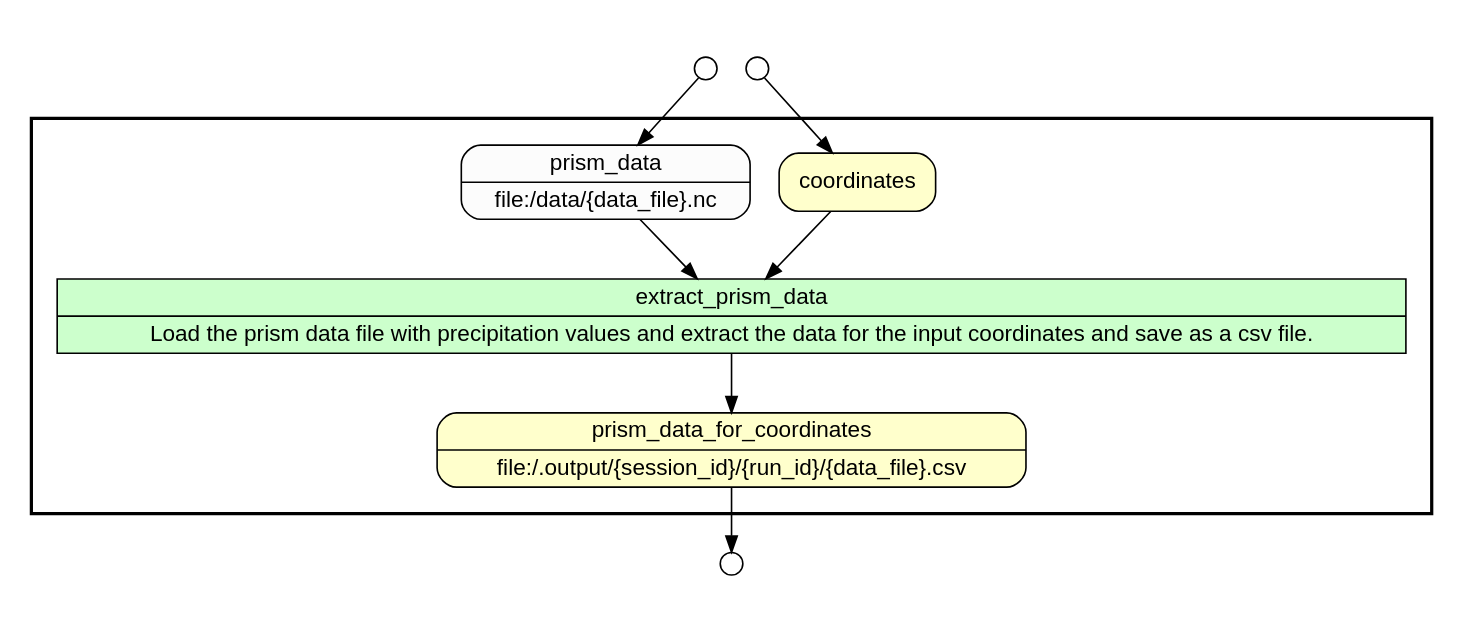
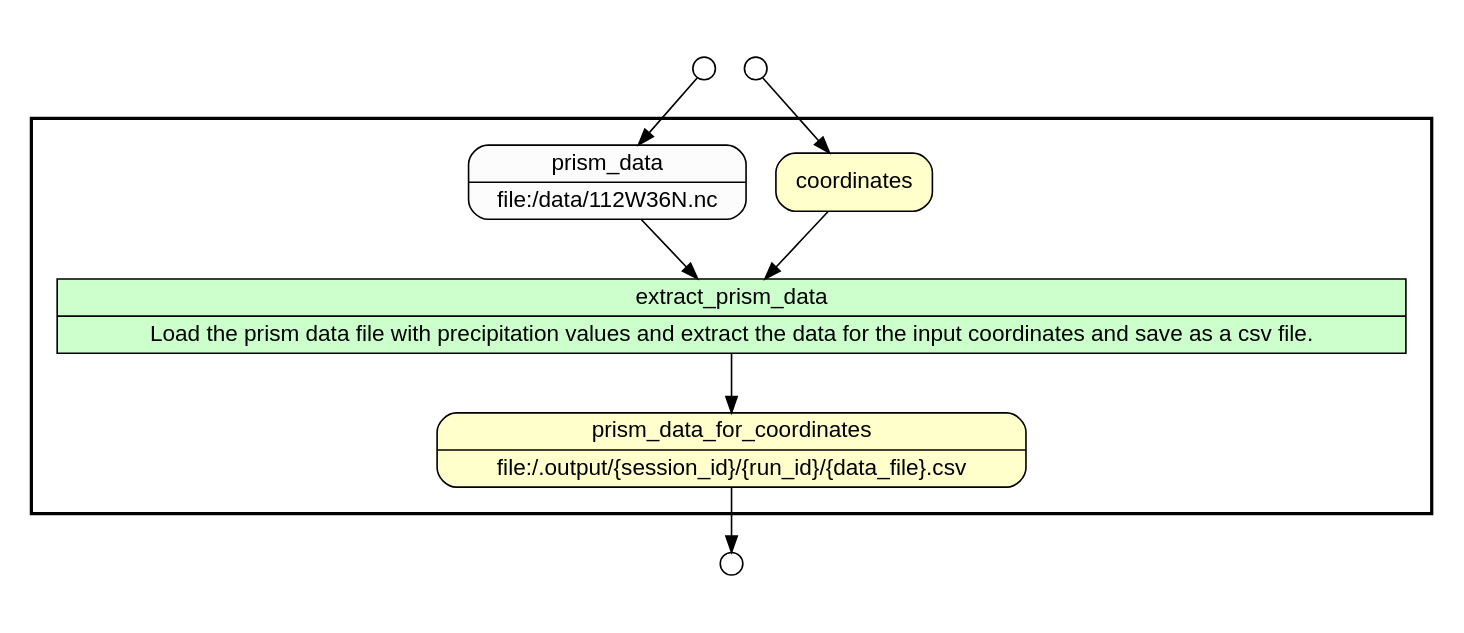
One commit to idaks/wt-prov-Summer-2017 changed the diagram in .prov_scripts/gv_files/extract_prism_data.gv. Above: the diagram before and after it, drawn with Graphviz. The commit also changed 238 other files, not shown here.

```diff
--- a/.prov_scripts/gv_files/extract_prism_data.gv
+++ b/.prov_scripts/gv_files/extract_prism_data.gv
@@ -1,32 +1,32 @@
 digraph Workflow {
 rankdir=TB
 fontname=Helvetica; fontsize=18; labelloc=t
 label=""
 subgraph cluster_workflow_box_outer { label=""; color=black; penwidth=2
 subgraph cluster_workflow_box_inner { label=""; penwidth=0
 node[shape=box style=filled fillcolor="#CCFFCC" peripheries=1 fontname=Helvetica]
 extract_prism_data [shape=record rankdir=LR label="{<f0> extract_prism_data |<f1> Load the prism data file with precipitation values and extract the data for the input coordinates and save as a csv file.}"];
 node[shape=box style="rounded,filled" fillcolor="#FFFFCC" peripheries=1 fontname=Helvetica]
 prism_data_for_coordinates [shape=record rankdir=LR label="{<f0> prism_data_for_coordinates |<f1> file\:/.output/\{session_id\}/\{run_id\}/\{data_file\}.csv}"];
 coordinates
 node[shape=box style="rounded,filled" fillcolor="#FCFCFC" peripheries=1 fontname=Helvetica]
-prism_data [shape=record rankdir=LR label="{<f0> prism_data |<f1> file\:/data/\{data_file\}.nc}"];
+prism_data [shape=record rankdir=LR label="{<f0> prism_data |<f1> file\:/data/112W36N.nc}"];
 extract_prism_data -> prism_data_for_coordinates
 coordinates -> extract_prism_data
 prism_data -> extract_prism_data
 }}
 subgraph cluster_input_ports_group_outer { label=""; penwidth=0
 subgraph cluster_input_ports_group_inner { label=""; penwidth=0
 node[shape=circle style="rounded,filled" fillcolor="#FFFFFF" peripheries=1 fontname=Helvetica width=0.2]
 coordinates_input_port [label=""]
 prism_data_input_port [label=""]
 }}
 subgraph cluster_output_ports_group_outer { label=""; penwidth=0
 subgraph cluster_output_ports_group_inner { label=""; penwidth=0
 node[shape=circle style="rounded,filled" fillcolor="#FFFFFF" peripheries=1 fontname=Helvetica width=0.2]
 prism_data_for_coordinates_output_port [label=""]
 }}
 coordinates_input_port -> coordinates
 prism_data_input_port -> prism_data
 prism_data_for_coordinates -> prism_data_for_coordinates_output_port
 }
```
